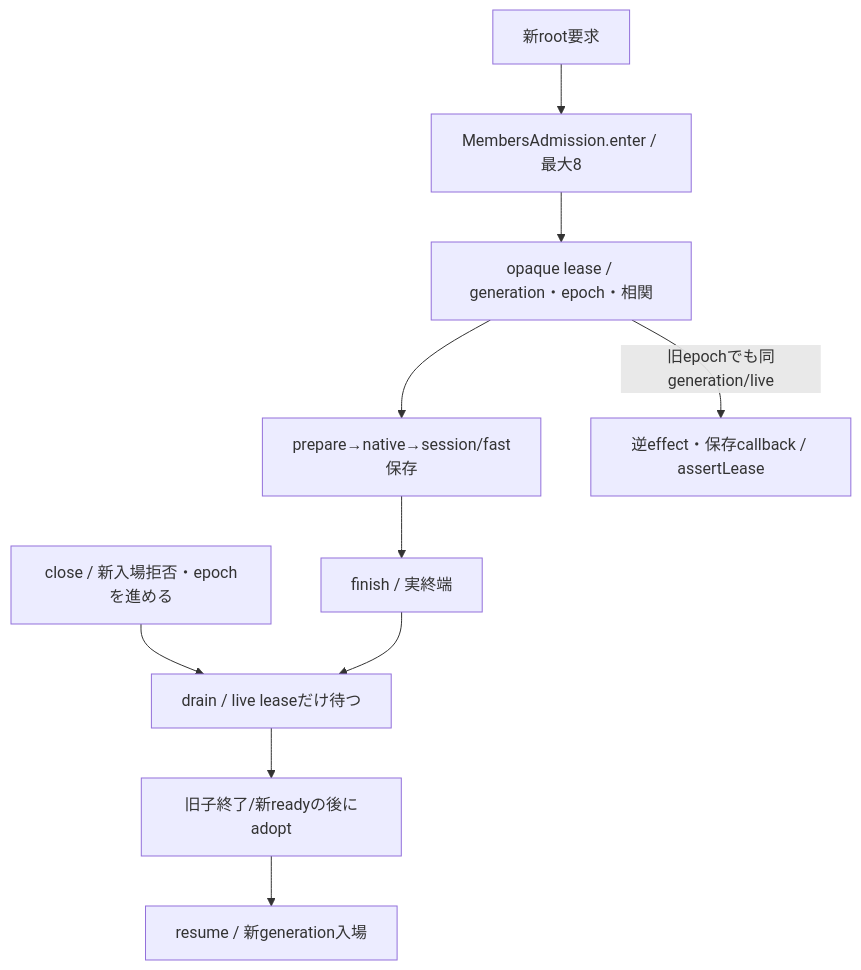
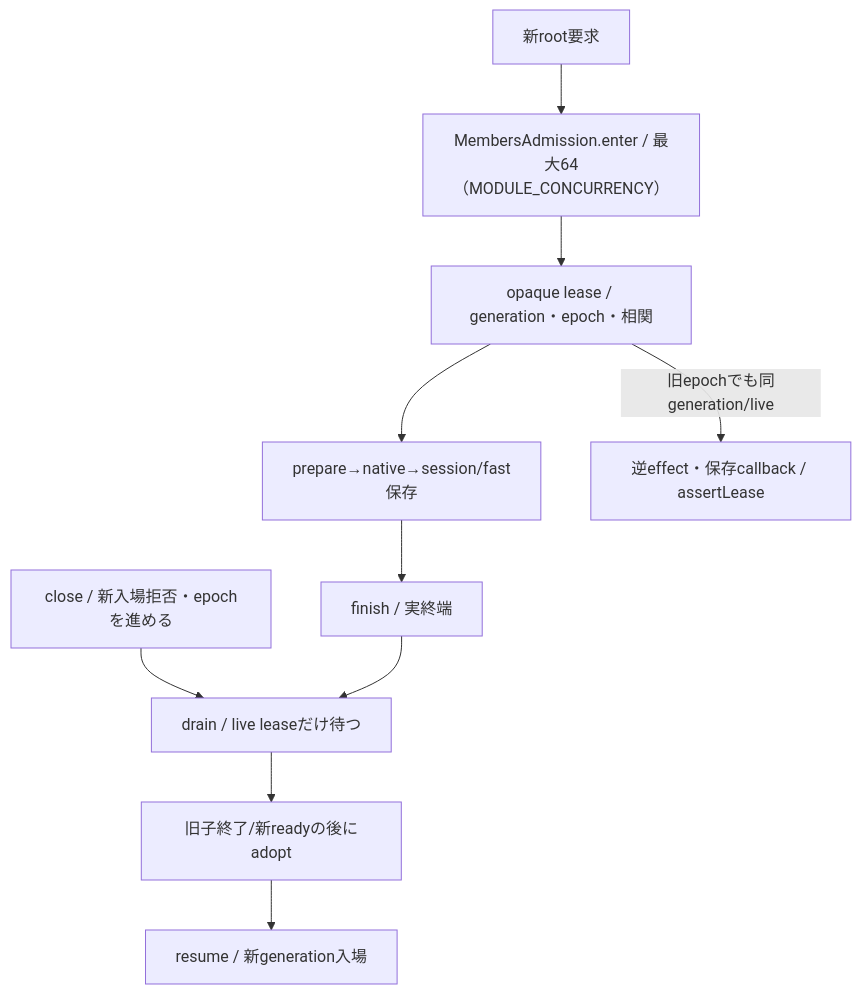
The first of 2 diagrams in docs/architecture/modules/execution/members-admission.md (kitepon/BellTeam), drawn with Mermaid before and after one commit. The commit also changed other lines of this file and 18 other files, not shown here.

````diff
--- a/docs/architecture/modules/execution/members-admission.md
+++ b/docs/architecture/modules/execution/members-admission.md
@@ -5,12 +5,12 @@
 ```mermaid
 flowchart TD
-  New[新root要求] --> Enter[MembersAdmission.enter / 最大8]
+  New[新root要求] --> Enter[MembersAdmission.enter / 最大64（MODULE_CONCURRENCY）]
   Enter --> Lease[opaque lease / generation・epoch・相関]
   Lease --> Work[prepare→native→session/fast保存]
   Work --> Finish[finish / 実終端]
   Close[close / 新入場拒否・epochを進める] --> Drain[drain / live leaseだけ待つ]
   Lease -->|旧epochでも同generation/live| Callback[逆effect・保存callback / assertLease]
   Finish --> Drain
   Drain --> Adopt[旧子終了/新readyの後にadopt]
   Adopt --> Resume[resume / 新generation入場]
 ```
````
